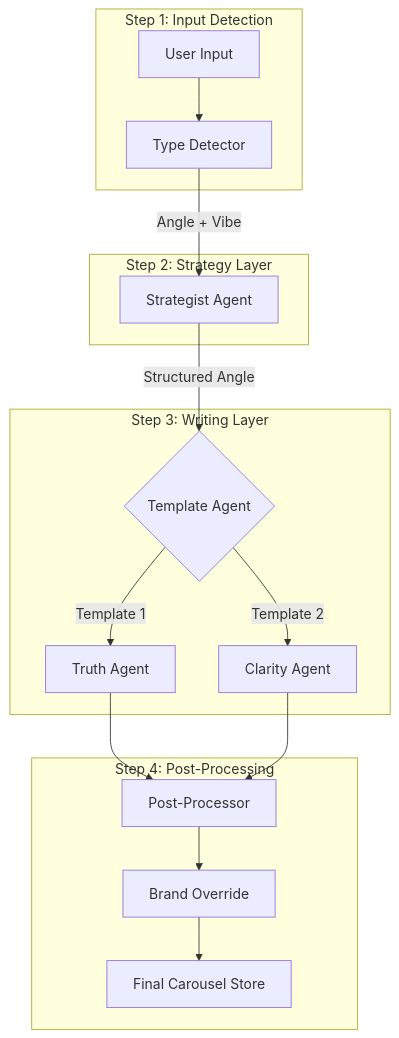
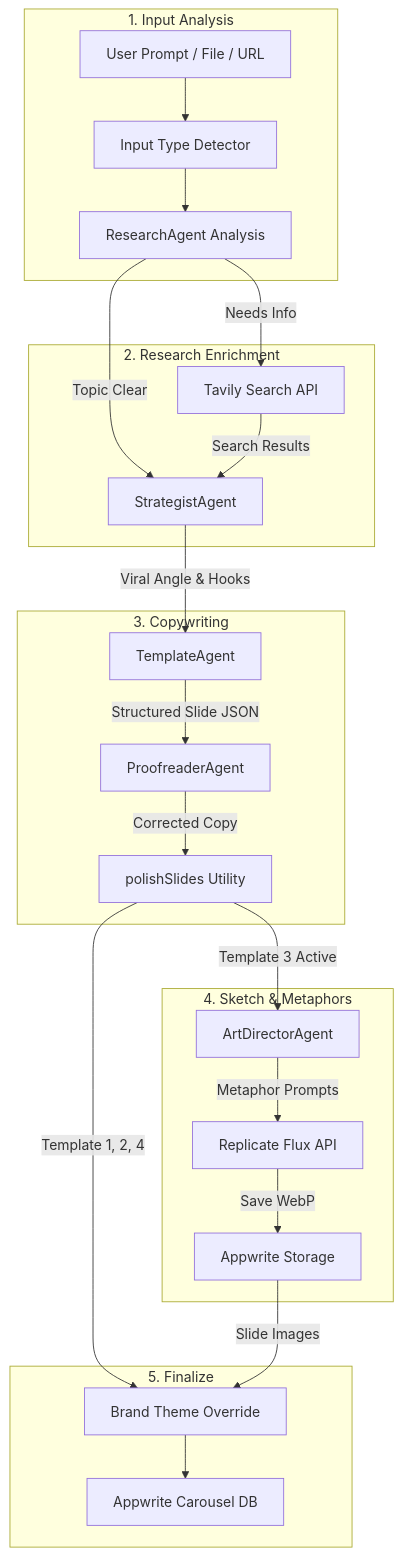
One commit to ali050786/agentic-car changed the diagram in WORKFLOW.md. Above: the diagram before and after it, drawn with Mermaid. The commit also changed other lines of this file and 22 other files, not shown here.

````diff
--- a/WORKFLOW.md
+++ b/WORKFLOW.md
@@ -9,22 +11,31 @@
 ```mermaid
 graph TD
-    subgraph Input ["Step 1: Input Detection"]
-        UI[User Input] --> ID[Type Detector]
+    subgraph Step_1 [1. Input Analysis]
+        Input[User Prompt / File / URL] --> Mode[Input Type Detector]
+        Mode --> ResearchNeeds[ResearchAgent Analysis]
     end
 
-    subgraph Logic ["Step 2: Strategy Layer"]
-        ID -- "Angle + Vibe" --> SA[Strategist Agent]
+    subgraph Step_2 [2. Research Enrichment]
+        ResearchNeeds -- Needs Info --> Tavily[Tavily Search API]
+        ResearchNeeds -- Topic Clear --> Strategy[StrategistAgent]
+        Tavily -- Search Results --> Strategy
     end
 
-    subgraph Execution ["Step 3: Writing Layer"]
-        SA -- "Structured Angle" --> TA{Template Agent}
-        TA -- "Template 1" --> T1[Truth Agent]
-        TA -- "Template 2" --> T2[Clarity Agent]
+    subgraph Step_3 [3. Copywriting]
+        Strategy -- Viral Angle & Hooks --> Template[TemplateAgent]
+        Template -- Structured Slide JSON --> Proofreader[ProofreaderAgent]
+        Proofreader -- Corrected Copy --> Polish[polishSlides Utility]
     end
 
-    subgraph Finalize ["Step 4: Post-Processing"]
-        T1 & T2 --> PT[Post-Processor]
-        PT --> BR[Brand Override]
-        BR --> Final[Final Carousel Store]
+    subgraph Step_4 [4. Sketch & Metaphors]
+        Polish -- Template 3 Active --> ArtDirector[ArtDirectorAgent]
+        ArtDirector -- Metaphor Prompts --> Replicate[Replicate Flux API]
+        Replicate -- Save WebP --> AppwriteStorage[Appwrite Storage]
+    end
+
+    subgraph Step_5 [5. Finalize]
+        Polish -- Template 1, 2, 4 --> BrandOverride[Brand Theme Override]
+        AppwriteStorage -- Slide Images --> BrandOverride
+        BrandOverride --> Persist[Appwrite Carousel DB]
     end
 ```
````
